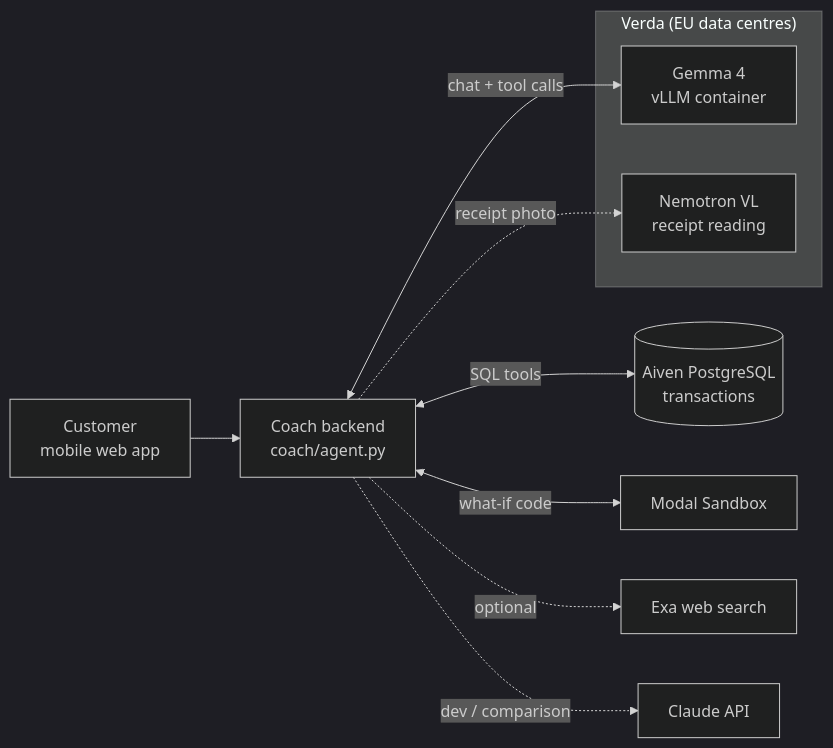
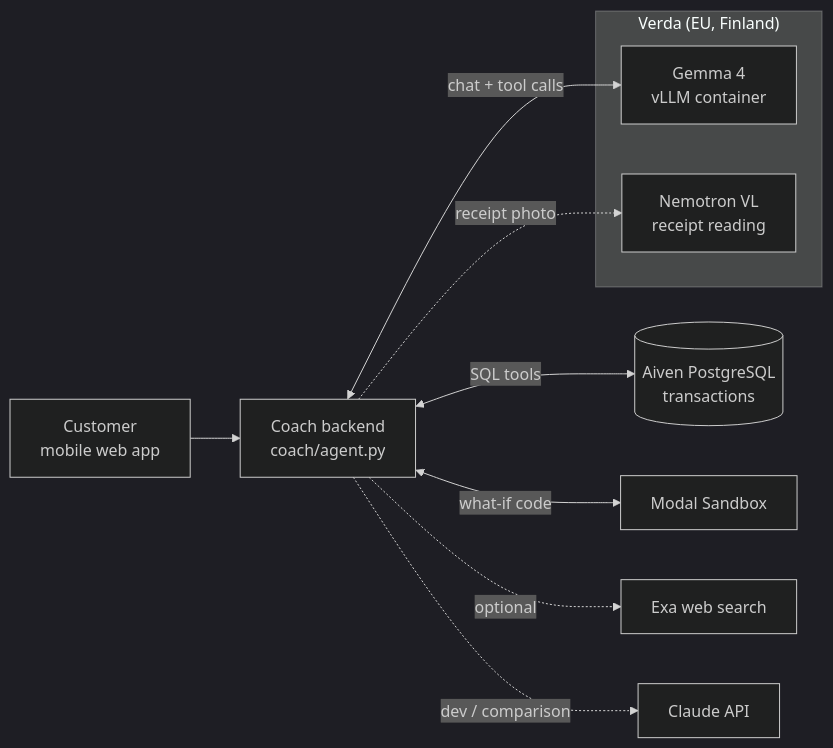
Before and after one commit to pinsionparoni/mountain-claude-boys-trek: the first of 2 diagrams in TECH_STACK.md, drawn with Mermaid (dark theme). The commit also changed other lines of this file and 3 other files, not shown here.

````diff
--- a/TECH_STACK.md
+++ b/TECH_STACK.md
@@ -30,16 +30,16 @@
 ```mermaid
 flowchart LR
     U["Customer<br/>mobile web app"] --> API["Coach backend<br/>coach/agent.py"]
 
-    subgraph EU["Verda (EU data centres)"]
+    subgraph EU["Verda (EU, Finland)"]
         G["Gemma 4<br/>vLLM container"]
         N["Nemotron VL<br/>receipt reading"]
     end
 
     API <-->|"chat + tool calls"| G
     API -.->|"receipt photo"| N
     API <-->|"SQL tools"| DB[("Aiven PostgreSQL<br/>transactions")]
     API <-->|"what-if code"| SB["Modal Sandbox"]
     API -.->|"optional"| EXA["Exa web search"]
     API -.->|"dev / comparison"| C["Claude API"]
 ```
````
